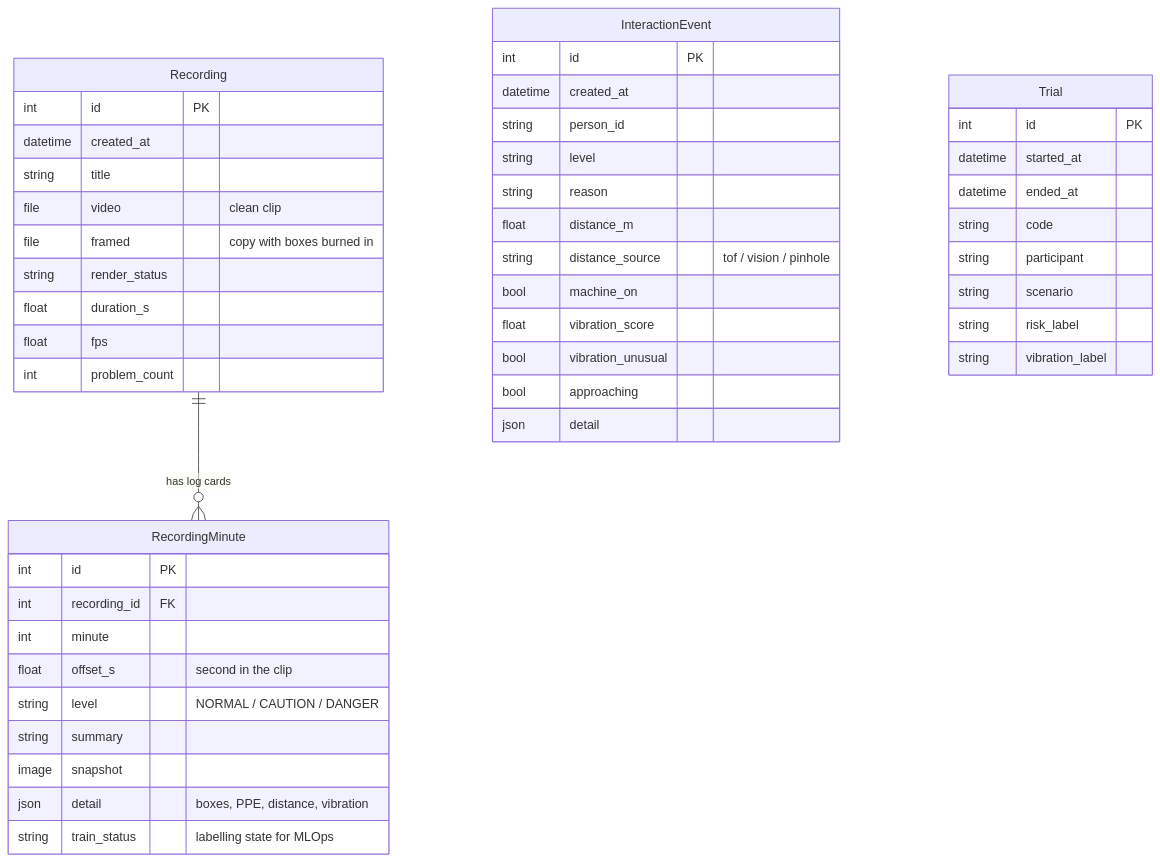
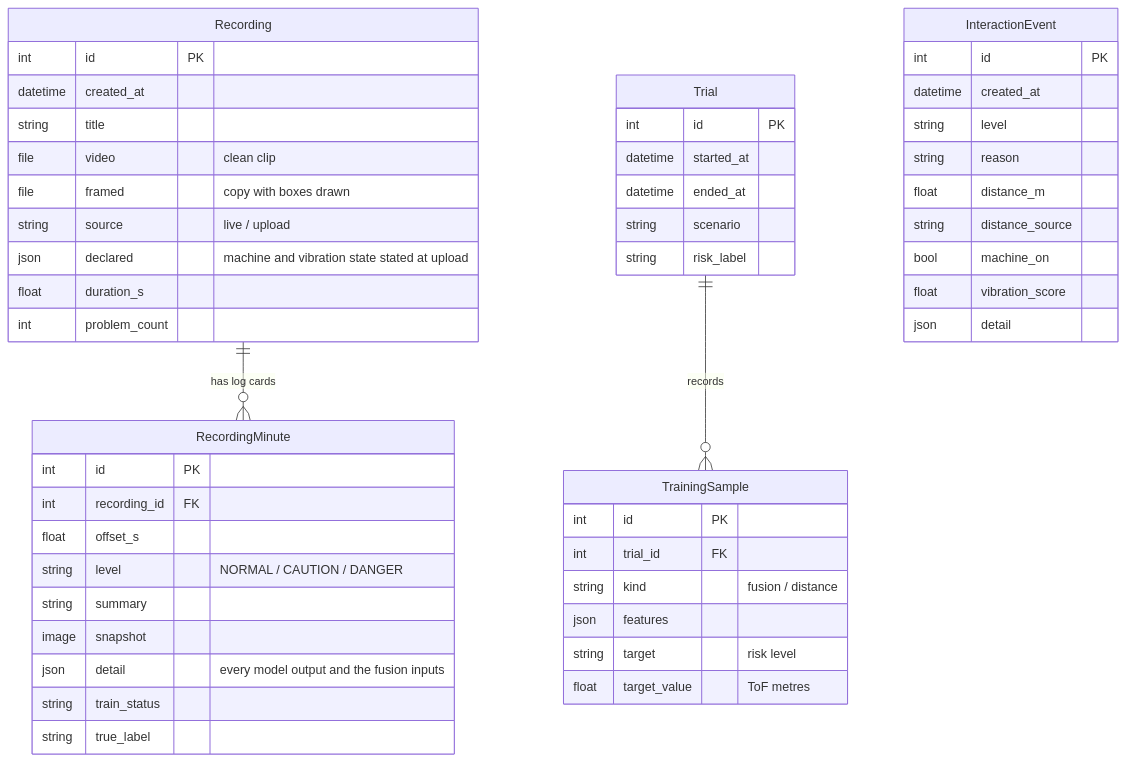
The second of 3 diagrams in README.md (Bonaparte003/Smart-Accident-System-Monitoring-SAMS-), drawn with Mermaid before and after one commit. The commit also changed other lines of this file and 4 other files, not shown here.

Commit message:
Tests for the fusion v2 contract; production README with schematic

````diff
--- a/README.md
+++ b/README.md
@@ -495,50 +353,53 @@
 ```mermaid
 erDiagram
     Recording ||--o{ RecordingMinute : "has log cards"
+    Trial ||--o{ TrainingSample : "records"
     Recording {
         int id PK
         datetime created_at
         string title
         file video "clean clip"
-        file framed "copy with boxes burned in"
-        string render_status
+        file framed "copy with boxes drawn"
+        string source "live / upload"
+        json declared "machine and vibration state stated at upload"
         float duration_s
-        float fps
         int problem_count
     }
     RecordingMinute {
         int id PK
         int recording_id FK
-        int minute
-        float offset_s "second in the clip"
+        float offset_s
         string level "NORMAL / CAUTION / DANGER"
         string summary
         image snapshot
-        json detail "boxes, PPE, distance, vibration"
-        string train_status "labelling state for MLOps"
+        json detail "every model output and the fusion inputs"
+        string train_status
+        string true_label
     }
     InteractionEvent {
         int id PK
         datetime created_at
-        string person_id
         string level
         string reason
         float distance_m
-        string distance_source "tof / vision / pinhole"
+        string distance_source
         bool machine_on
         float vibration_score
-        bool vibration_unusual
-        bool approaching
         json detail
     }
     Trial {
         int id PK
         datetime started_at
         datetime ended_at
-        string code
-        string participant
         string scenario
         string risk_label
-        string vibration_label
+    }
+    TrainingSample {
+        int id PK
+        int trial_id FK
+        string kind "fusion / distance"
+        json features
+        string target "risk level"
+        float target_value "ToF metres"
     }
 ```
````
